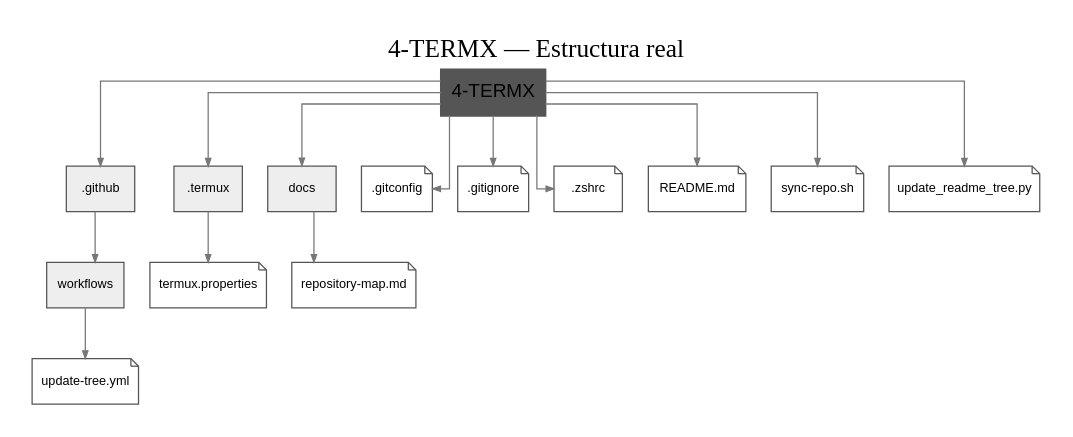
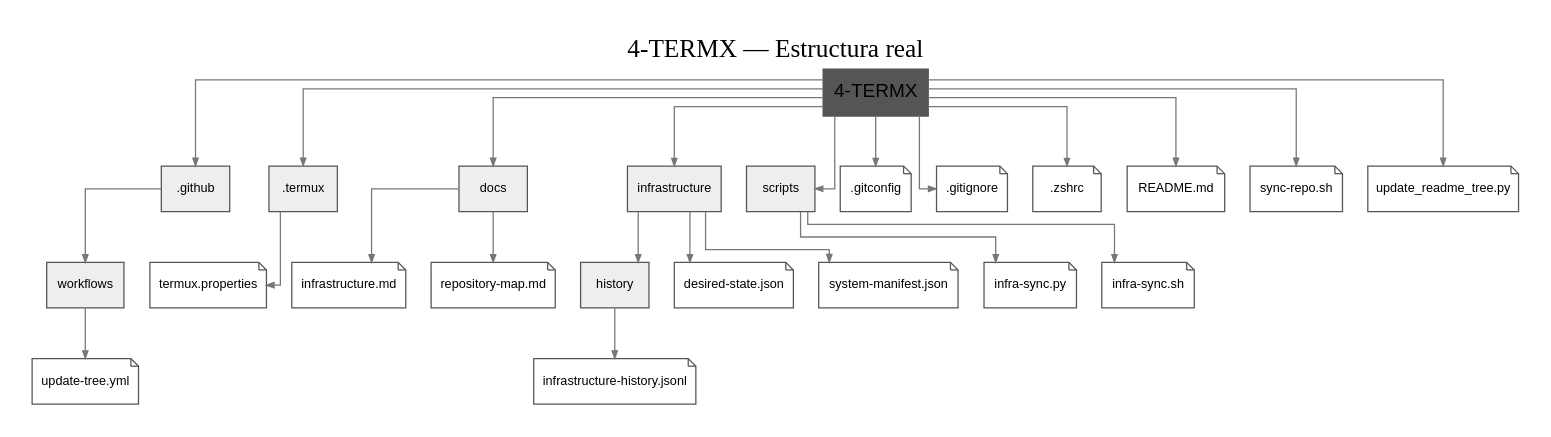
Before and after one commit to benstellasanti/4-TERMX: the diagram in docs/repository-structure.dot, drawn with Graphviz. The commit also changed 5 other files, not shown here.

```diff
--- a/docs/repository-structure.dot
+++ b/docs/repository-structure.dot
@@ -1,32 +1,50 @@
 digraph RepositoryStructure {
   graph [rankdir=TB, bgcolor="white", pad="0.25", nodesep="0.28", ranksep="0.55", splines=ortho, label="4-TERMX — Estructura real", labelloc=t, fontsize=20];
   node [fontname="Arial", fontsize=10, style="filled", color="#555555"];
   edge [color="#777777", arrowsize=0.6];
   root [label="4-TERMX", shape=box, style="filled,bold", fontsize=15];
   n__github [label=".github", shape=box, fillcolor="#eeeeee"];
   n__termux [label=".termux", shape=box, fillcolor="#eeeeee"];
   n_docs [label="docs", shape=box, fillcolor="#eeeeee"];
+  n_infrastructure [label="infrastructure", shape=box, fillcolor="#eeeeee"];
+  n_scripts [label="scripts", shape=box, fillcolor="#eeeeee"];
   n__github_workflows [label="workflows", shape=box, fillcolor="#eeeeee"];
+  n_infrastructure_history [label="history", shape=box, fillcolor="#eeeeee"];
   n__gitconfig [label=".gitconfig", shape=note, fillcolor="white"];
   root -> n__gitconfig;
   n__github_workflows_update_tree_yml [label="update-tree.yml", shape=note, fillcolor="white"];
   n__github_workflows -> n__github_workflows_update_tree_yml;
   n__gitignore [label=".gitignore", shape=note, fillcolor="white"];
   root -> n__gitignore;
   n__termux_termux_properties [label="termux.properties", shape=note, fillcolor="white"];
   n__termux -> n__termux_termux_properties;
   n__zshrc [label=".zshrc", shape=note, fillcolor="white"];
   root -> n__zshrc;
   n_README_md [label="README.md", shape=note, fillcolor="white"];
   root -> n_README_md;
+  n_docs_infrastructure_md [label="infrastructure.md", shape=note, fillcolor="white"];
+  n_docs -> n_docs_infrastructure_md;
   n_docs_repository_map_md [label="repository-map.md", shape=note, fillcolor="white"];
   n_docs -> n_docs_repository_map_md;
+  n_infrastructure_desired_state_json [label="desired-state.json", shape=note, fillcolor="white"];
+  n_infrastructure -> n_infrastructure_desired_state_json;
+  n_infrastructure_history_infrastructure_history_jsonl [label="infrastructure-history.jsonl", shape=note, fillcolor="white"];
+  n_infrastructure_history -> n_infrastructure_history_infrastructure_history_jsonl;
+  n_infrastructure_system_manifest_json [label="system-manifest.json", shape=note, fillcolor="white"];
+  n_infrastructure -> n_infrastructure_system_manifest_json;
+  n_scripts_infra_sync_py [label="infra-sync.py", shape=note, fillcolor="white"];
+  n_scripts -> n_scripts_infra_sync_py;
+  n_scripts_infra_sync_sh [label="infra-sync.sh", shape=note, fillcolor="white"];
+  n_scripts -> n_scripts_infra_sync_sh;
   n_sync_repo_sh [label="sync-repo.sh", shape=note, fillcolor="white"];
   root -> n_sync_repo_sh;
   n_update_readme_tree_py [label="update_readme_tree.py", shape=note, fillcolor="white"];
   root -> n_update_readme_tree_py;
   root -> n__github;
   root -> n__termux;
   root -> n_docs;
+  root -> n_infrastructure;
+  root -> n_scripts;
   n__github -> n__github_workflows;
+  n_infrastructure -> n_infrastructure_history;
 }
```
